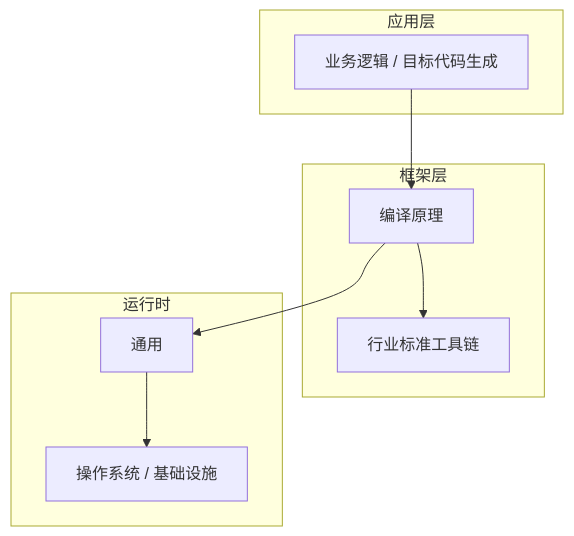
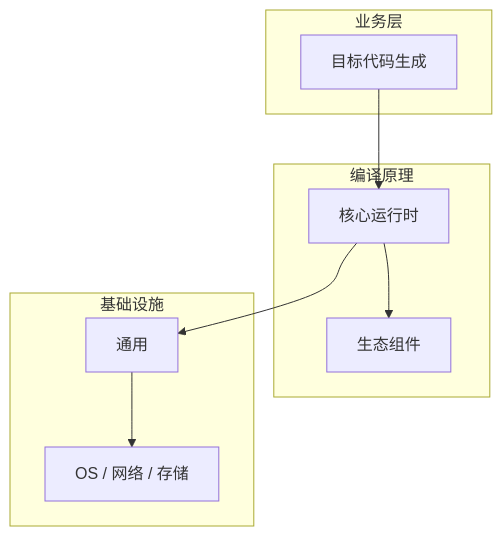
The diagram in articles/编译原理/chapters/061-目标代码生成核心概念与原理.md (yanggan2015/knowledge-json-v2), drawn with Mermaid before and after one commit. The commit also changed other lines of this file and 10127 other files, not shown here.

````diff
--- a/articles/编译原理/chapters/061-目标代码生成核心概念与原理.md
+++ b/articles/编译原理/chapters/061-目标代码生成核心概念与原理.md
@@ -45,18 +34,18 @@
 ```mermaid
 graph TB
-    subgraph 应用层
-        A[业务逻辑 / 目标代码生成]
+    subgraph 业务层
+        A[目标代码生成]
     end
-    subgraph 框架层
-        B[编译原理]
-        C[行业标准工具链]
+    subgraph 编译原理
+        B[核心运行时]
+        C[生态组件]
     end
-    subgraph 运行时
+    subgraph 基础设施
         D[通用]
-        E[操作系统 / 基础设施]
+        E[OS / 网络 / 存储]
     end
     A --> B
     B --> C
     B --> D
     D --> E
 ```
````
